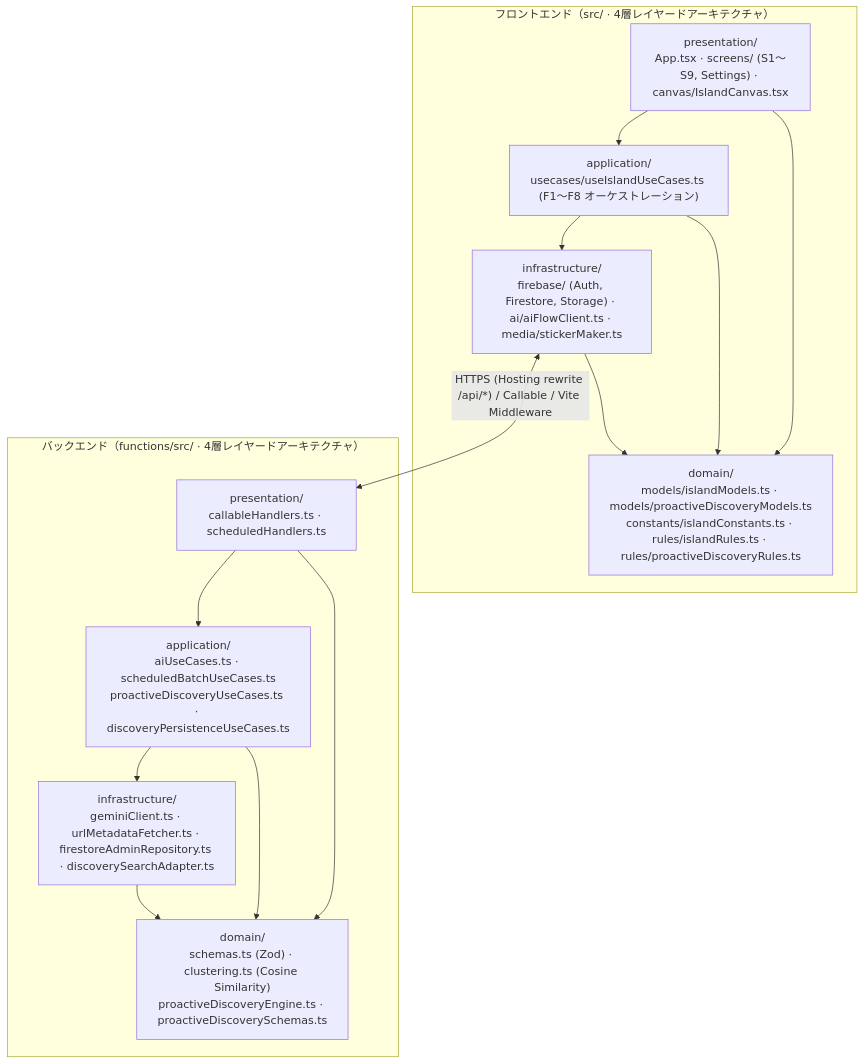
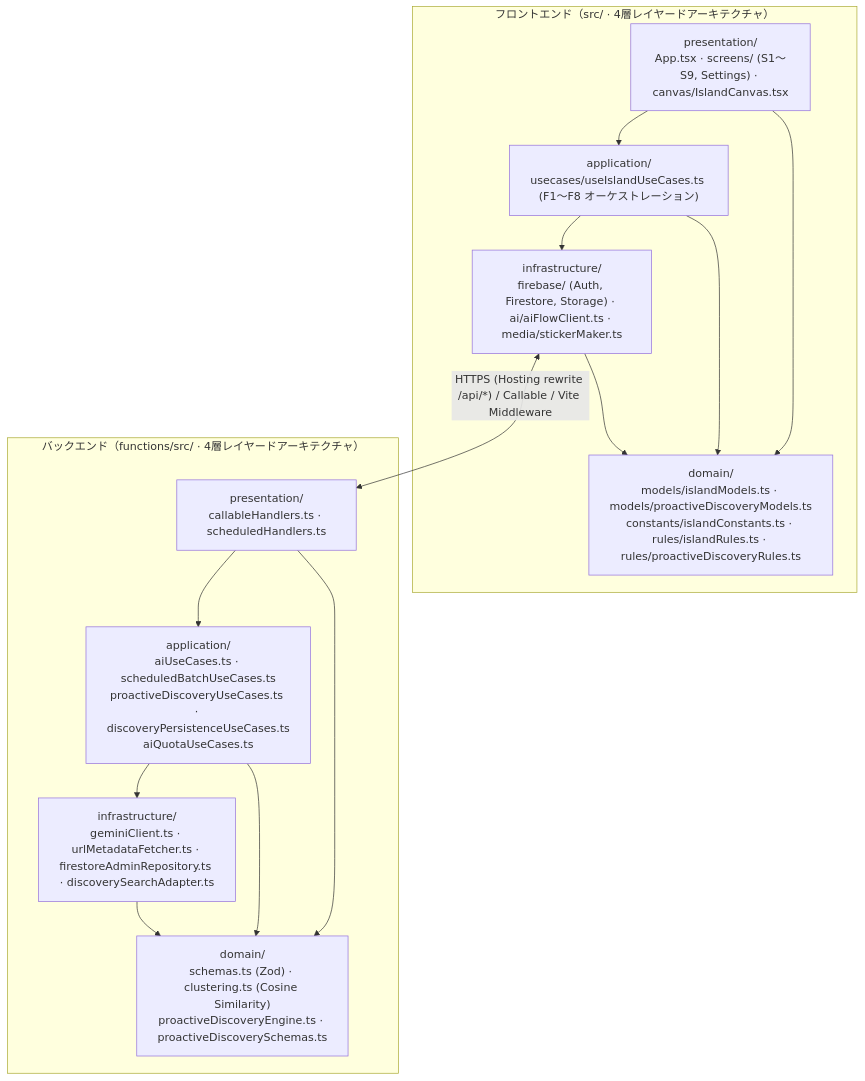
Before and after one commit to Devfest-Hackathon-2026/df-2026-t118: the diagram in docs/architecture.md, drawn with Mermaid. The commit also changed other lines of this file and 12 other files, not shown here.

````diff
--- a/docs/architecture.md
+++ b/docs/architecture.md
@@ -21,30 +21,30 @@
 ```mermaid
 flowchart TB
     subgraph FE["フロントエンド（src/ · 4層レイヤードアーキテクチャ）"]
         FE_PRES["presentation/<br>App.tsx · screens/ (S1〜S9, Settings) · canvas/IslandCanvas.tsx"]
         FE_APP["application/<br>usecases/useIslandUseCases.ts (F1〜F8 オーケストレーション)"]
         FE_INFRA["infrastructure/<br>firebase/ (Auth, Firestore, Storage) · ai/aiFlowClient.ts · media/stickerMaker.ts"]
         FE_DOM["domain/<br>models/islandModels.ts · models/proactiveDiscoveryModels.ts<br>constants/islandConstants.ts · rules/islandRules.ts · rules/proactiveDiscoveryRules.ts"]
     end
 
     subgraph BE["バックエンド（functions/src/ · 4層レイヤードアーキテクチャ）"]
         BE_PRES["presentation/<br>callableHandlers.ts · scheduledHandlers.ts"]
-        BE_APP["application/<br>aiUseCases.ts · scheduledBatchUseCases.ts<br>proactiveDiscoveryUseCases.ts · discoveryPersistenceUseCases.ts"]
+        BE_APP["application/<br>aiUseCases.ts · scheduledBatchUseCases.ts<br>proactiveDiscoveryUseCases.ts · discoveryPersistenceUseCases.ts<br>aiQuotaUseCases.ts"]
         BE_INFRA["infrastructure/<br>geminiClient.ts · urlMetadataFetcher.ts · firestoreAdminRepository.ts · discoverySearchAdapter.ts"]
         BE_DOM["domain/<br>schemas.ts (Zod) · clustering.ts (Cosine Similarity)<br>proactiveDiscoveryEngine.ts · proactiveDiscoverySchemas.ts"]
     end
 
     FE_PRES --> FE_APP
     FE_PRES --> FE_DOM
     FE_APP --> FE_DOM
     FE_APP --> FE_INFRA
     FE_INFRA --> FE_DOM
 
     FE_INFRA <-->|"HTTPS (Hosting rewrite /api/*) / Callable / Vite Middleware"| BE_PRES
 
     BE_PRES --> BE_APP
     BE_PRES --> BE_DOM
     BE_APP --> BE_DOM
     BE_APP --> BE_INFRA
     BE_INFRA --> BE_DOM
 ```
````
